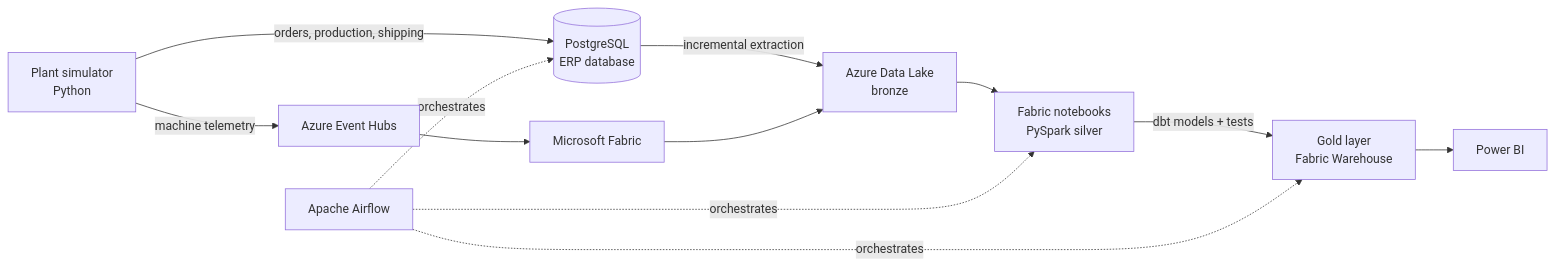
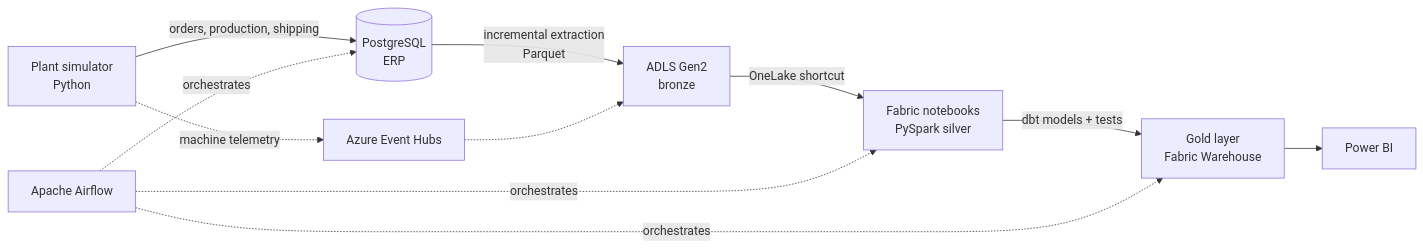
The diagram in README.md (lucasnunesf/industrial-data-platform), drawn with Mermaid before and after one commit. The commit also changed other lines of this file and 5 other files, not shown here.

Commit message:
docs: refresh README with visuals, data model and updated roadmap

````diff
--- a/README.md
+++ b/README.md
@@ -27,14 +44,13 @@
 ```mermaid
 flowchart LR
-    A[Plant simulator<br/>Python] -->|orders, production, shipping| P[(PostgreSQL<br/>ERP database)]
-    A -->|machine telemetry| B[Azure Event Hubs]
-    P -->|incremental extraction| C[Azure Data Lake<br/>bronze]
-    B --> D[Microsoft Fabric]
-    D --> C
-    C --> E[Fabric notebooks<br/>PySpark silver]
+    A[Plant simulator<br/>Python] -->|orders, production, shipping| P[(PostgreSQL<br/>ERP)]
+    P -->|incremental extraction<br/>Parquet| C[ADLS Gen2<br/>bronze]
+    C -->|OneLake shortcut| E[Fabric notebooks<br/>PySpark silver]
     E -->|dbt models + tests| F[Gold layer<br/>Fabric Warehouse]
     F --> G[Power BI]
+    A -.machine telemetry.-> B[Azure Event Hubs]
+    B -.-> C
     H[Apache Airflow] -.orchestrates.-> P
     H -.orchestrates.-> E
     H -.orchestrates.-> F
 ```
````
